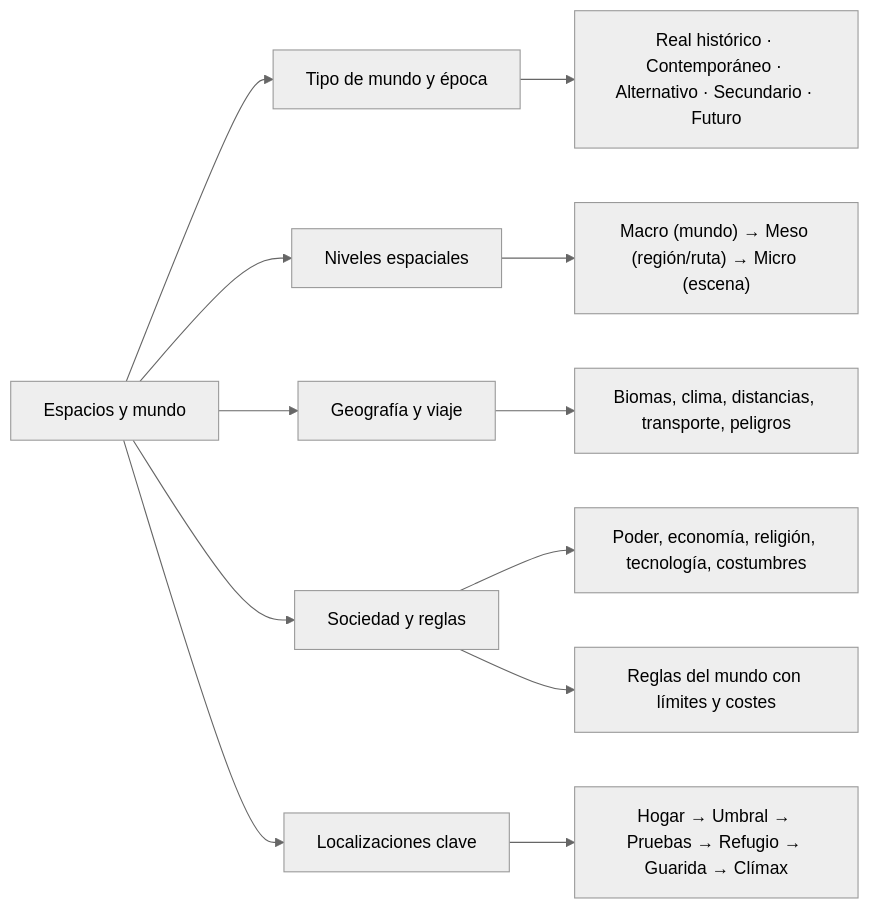
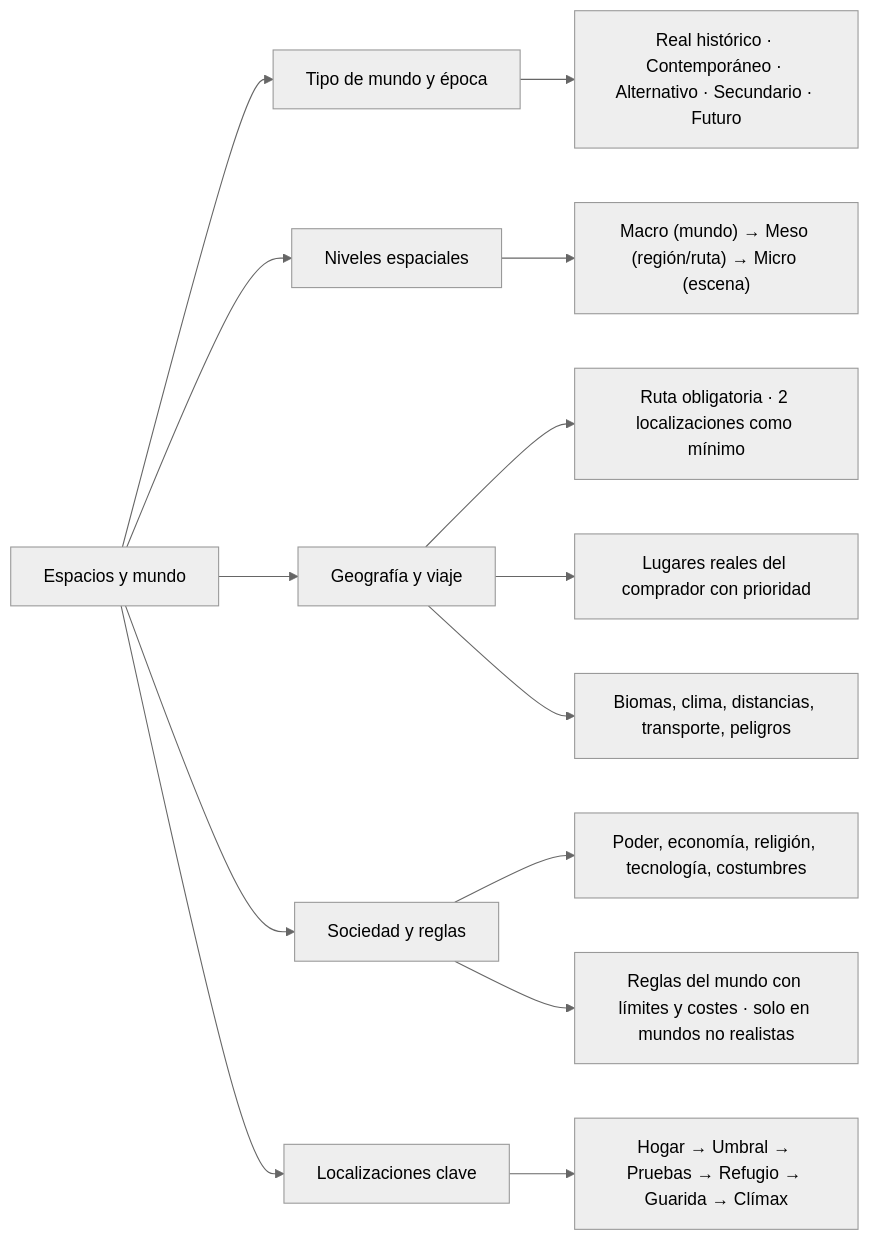
One commit to Asieribarz/my-story-marker changed the sixth of 11 diagrams in docs/domain-knowledge.md. Above: the diagram before and after it, drawn with Mermaid (neutral theme). The commit also changed other lines of this file and 6 other files, not shown here.

````diff
--- a/docs/domain-knowledge.md
+++ b/docs/domain-knowledge.md
@@ -134,15 +140,17 @@
 ```mermaid
 flowchart LR
   M["Espacios y mundo"] --> M1["Tipo de mundo y época"]
   M --> M2["Niveles espaciales"]
   M --> M3["Geografía y viaje"]
   M --> M4["Sociedad y reglas"]
   M --> M5["Localizaciones clave"]
 
   M1 --> M1a["Real histórico · Contemporáneo · Alternativo · Secundario · Futuro"]
   M2 --> M2a["Macro (mundo) → Meso (región/ruta) → Micro (escena)"]
-  M3 --> M3a["Biomas, clima, distancias, transporte, peligros"]
+  M3 --> M3a["Ruta obligatoria · 2 localizaciones como mínimo"]
+  M3 --> M3b["Lugares reales del comprador con prioridad"]
+  M3 --> M3c["Biomas, clima, distancias, transporte, peligros"]
   M4 --> M4a["Poder, economía, religión, tecnología, costumbres"]
-  M4 --> M4b["Reglas del mundo con límites y costes"]
+  M4 --> M4b["Reglas del mundo con límites y costes · solo en mundos no realistas"]
   M5 --> M5a["Hogar → Umbral → Pruebas → Refugio → Guarida → Clímax"]
 ```
````
